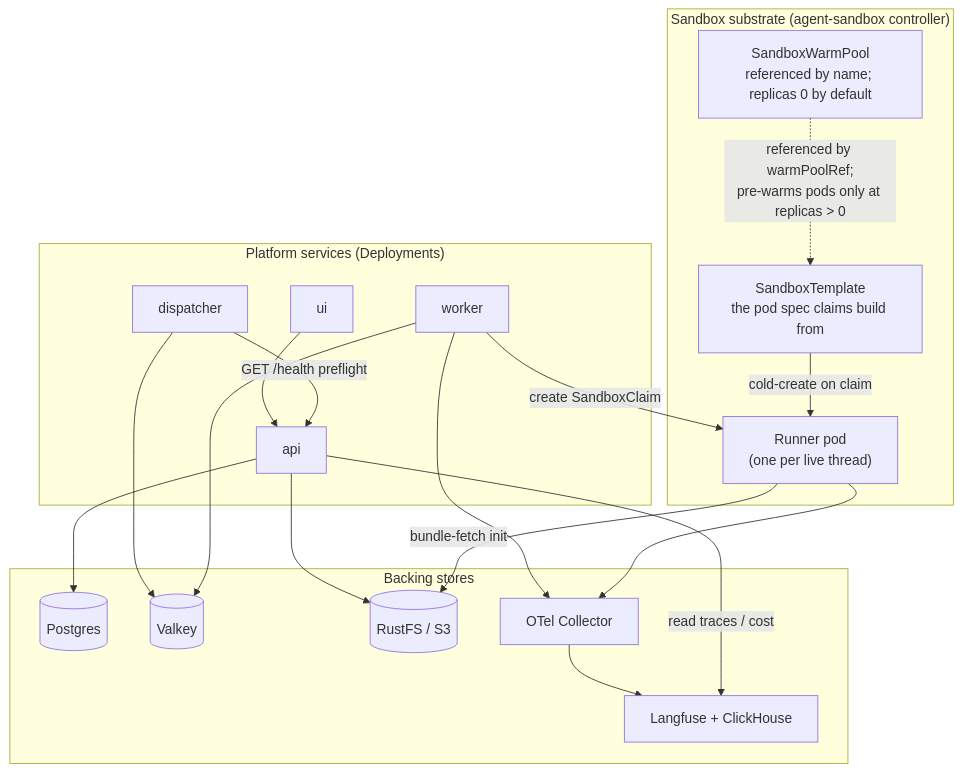
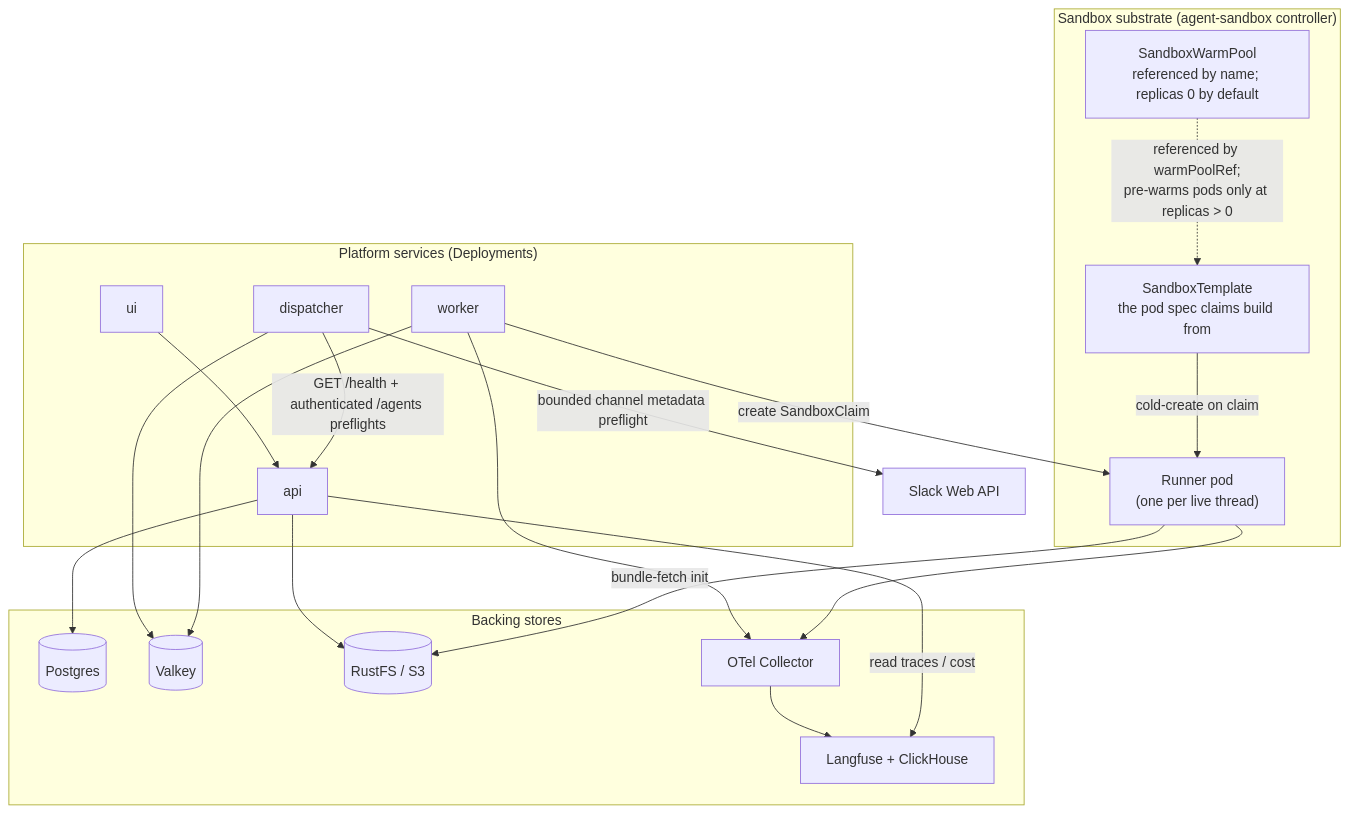
One commit to curie-eng/agentos changed the first of 3 diagrams in docs/diagrams/kubernetes.md. Above: the diagram before and after it, drawn with Mermaid. The commit also changed 8 other files, not shown here.

First line of the commit message:
Preflight Slack channel capabilities safely

````diff
--- a/docs/diagrams/kubernetes.md
+++ b/docs/diagrams/kubernetes.md
@@ -13,38 +13,41 @@
 ```mermaid
 flowchart TB
     subgraph platform["Platform services (Deployments)"]
         API["api"]
         Disp["dispatcher"]
         Worker["worker"]
         UI["ui"]
     end
 
     subgraph backing["Backing stores"]
         PG[("Postgres")]
         Valkey[("Valkey")]
         RustFS[("RustFS / S3")]
         LF["Langfuse + ClickHouse"]
         OTel["OTel Collector"]
     end
 
+    Slack["Slack Web API"]
+
     subgraph sandbox["Sandbox substrate (agent-sandbox controller)"]
         Tmpl["SandboxTemplate<br/>the pod spec claims build from"]
         Pool["SandboxWarmPool<br/>referenced by name; replicas 0 by default"]
         Pod["Runner pod<br/>(one per live thread)"]
         Tmpl -- "cold-create on claim" --> Pod
     end
 
     UI --> API
     API --> PG
     API --> RustFS
     Disp --> Valkey
-    Disp -- "GET /health preflight" --> API
+    Disp -- "GET /health + authenticated /agents preflights" --> API
+    Disp -- "bounded channel metadata preflight" --> Slack
     Worker --> Valkey
     Worker -- "create SandboxClaim" --> Pod
     Pool -. "referenced by warmPoolRef;<br/>pre-warms pods only at replicas > 0" .-> Tmpl
     Pod -- "bundle-fetch init" --> RustFS
     Worker --> OTel
     Pod --> OTel
     OTel --> LF
     API -- "read traces / cost" --> LF
 ```
````
